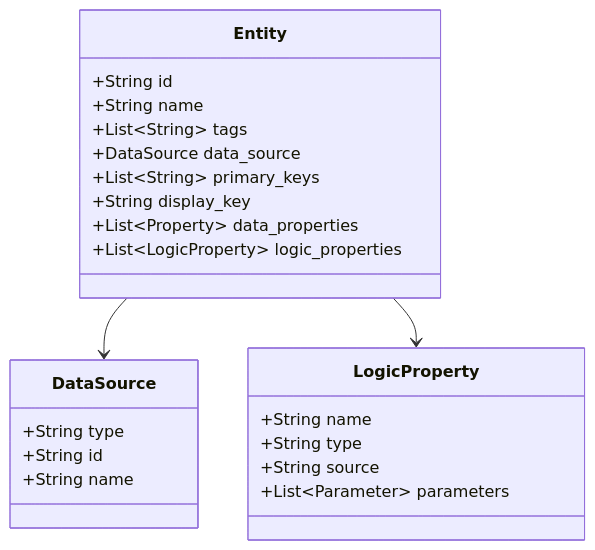
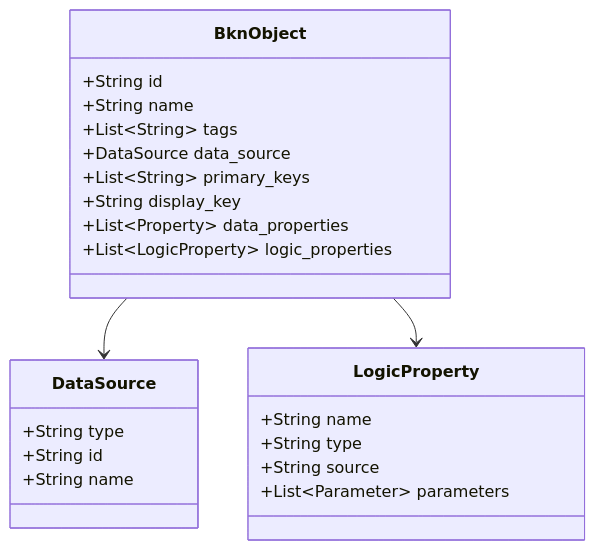
Before and after one commit to hhthxt/bkn-specification: the third of 6 diagrams in docs/ARCHITECTURE.md, drawn with Mermaid. The commit also changed other lines of this file and 73 other files, not shown here.

First line of the commit message:
Refactor BKN terminology from "Entity" to "Object" across documentation and codebase

````diff
--- a/docs/ARCHITECTURE.md
+++ b/docs/ARCHITECTURE.md
@@ -96,29 +96,29 @@
 ```mermaid
 classDiagram
-    class Entity {
+    class BknObject {
         +String id
         +String name
         +List~String~ tags
         +DataSource data_source
         +List~String~ primary_keys
         +String display_key
         +List~Property~ data_properties
         +List~LogicProperty~ logic_properties
     }
     
     class DataSource {
         +String type
         +String id
         +String name
     }
     
     class LogicProperty {
         +String name
         +String type
         +String source
         +List~Parameter~ parameters
     }
     
-    Entity --> DataSource
-    Entity --> LogicProperty
+    BknObject --> DataSource
+    BknObject --> LogicProperty
 ```
````
